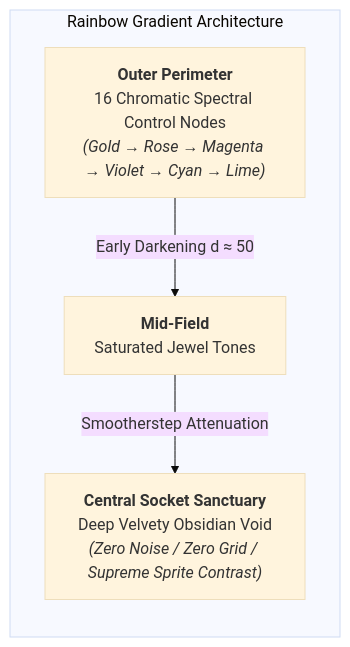
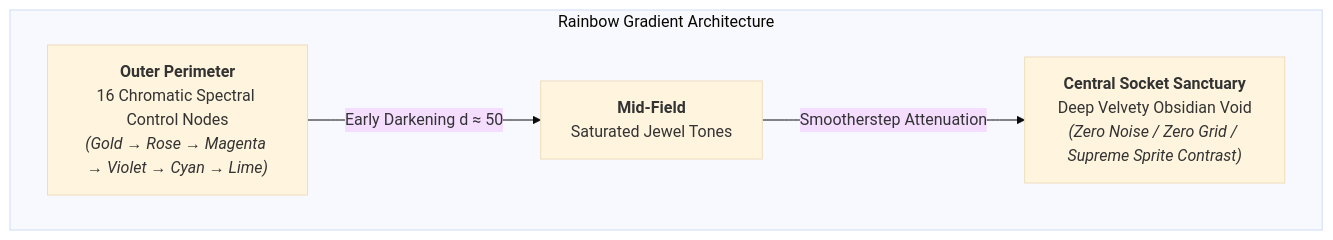
The diagram in docs/extended/backgrounds-and-textures.md (XZtotal/CraftingBlueprints-Wiki), drawn with Mermaid (base theme) before and after one commit. The commit also changed 15 other files, not shown here.

Commit message:
style(docs): center diagrams, widen linear flows, reduce font size, and set table padding to 0.5rem

````diff
--- a/docs/extended/backgrounds-and-textures.md
+++ b/docs/extended/backgrounds-and-textures.md
@@ -44,12 +44,12 @@
 ```mermaid
-flowchart TD
+flowchart LR
     subgraph Arch["Rainbow Gradient Architecture"]
-        direction TB
+        direction LR
         P["<b>Outer Perimeter</b><br/>16 Chromatic Spectral Control Nodes<br/><i>(Gold → Rose → Magenta → Violet → Cyan → Lime)</i>"]
         M["<b>Mid-Field</b><br/>Saturated Jewel Tones"]
         C["<b>Central Socket Sanctuary</b><br/>Deep Velvety Obsidian Void<br/><i>(Zero Noise / Zero Grid / Supreme Sprite Contrast)</i>"]
 
         P -->|Early Darkening d ≈ 50| M
         M -->|Smootherstep Attenuation| C
     end
 ```
````
